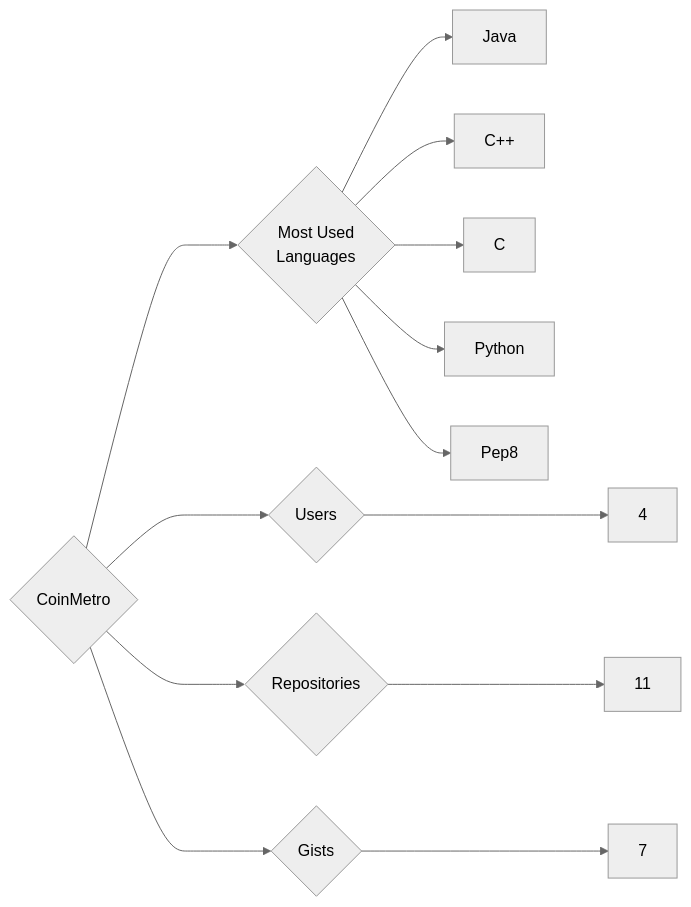
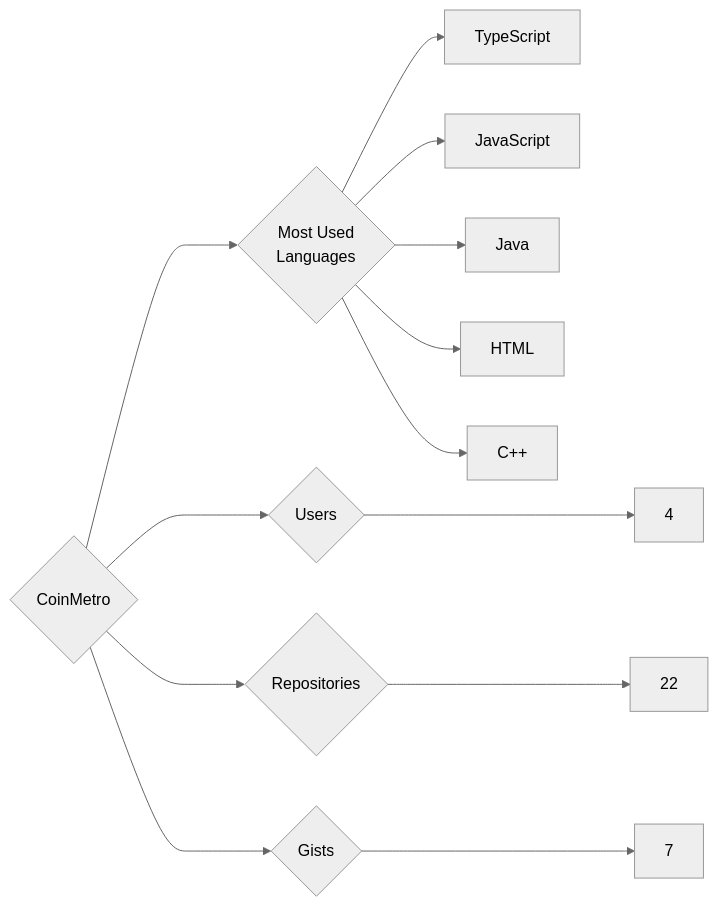
The diagram in targets/CoinMetro/README.md (trickest/insiders), drawn with Mermaid (neutral theme) before and after one commit. The commit also changed 724 other files, not shown here.

````diff
--- a/targets/CoinMetro/README.md
+++ b/targets/CoinMetro/README.md
@@ -3,13 +3,13 @@
 ```mermaid
 graph LR
 COMPANY_NAME{CoinMetro}
 COMPANY_NAME ---> U{Users} ---> UN[4]
-COMPANY_NAME ---> R{Repositories} ---> RN[11]
+COMPANY_NAME ---> R{Repositories} ---> RN[22]
 COMPANY_NAME ---> G{Gists} ---> GN[7]
 COMPANY_NAME ---> ML{Most Used<br>Languages}
+ML --> TypeScript[TypeScript]
+ML --> JavaScript[JavaScript]
 ML --> Java[Java]
+ML --> HTML[HTML]
 ML --> C++[C++]
-ML --> C[C]
-ML --> Python[Python]
-ML --> Pep8[Pep8]
 ```
````
